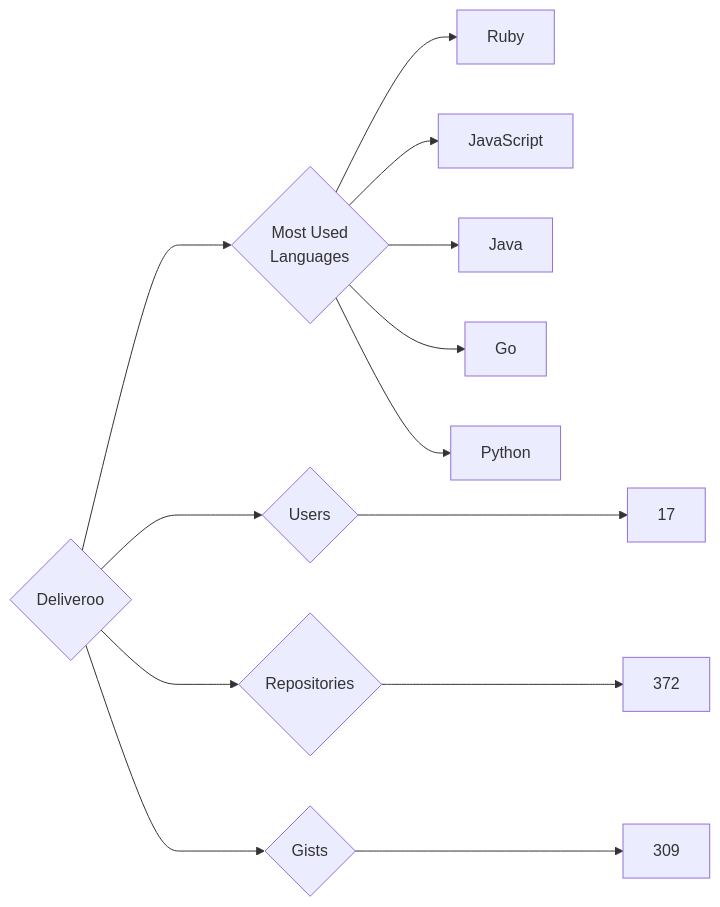
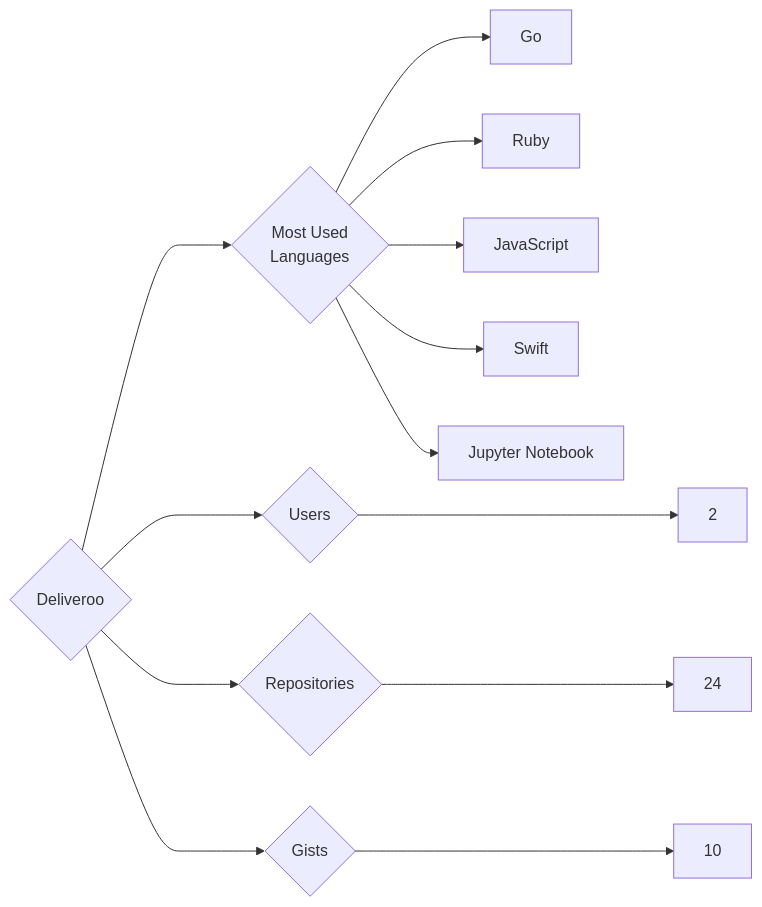
The diagram in targets/Deliveroo/README.md (trickest/insiders), drawn with Mermaid before and after one commit. The commit also changed 934 other files, not shown here.

````diff
--- a/targets/Deliveroo/README.md
+++ b/targets/Deliveroo/README.md
@@ -3,13 +3,13 @@
 ```mermaid
 graph LR
 COMPANY_NAME{Deliveroo}
-COMPANY_NAME ---> U{Users} ---> UN[17]
-COMPANY_NAME ---> R{Repositories} ---> RN[372]
-COMPANY_NAME ---> G{Gists} ---> GN[309]
+COMPANY_NAME ---> U{Users} ---> UN[2]
+COMPANY_NAME ---> R{Repositories} ---> RN[24]
+COMPANY_NAME ---> G{Gists} ---> GN[10]
 COMPANY_NAME ---> ML{Most Used<br>Languages}
+ML --> Go[Go]
 ML --> Ruby[Ruby]
 ML --> JavaScript[JavaScript]
-ML --> Java[Java]
-ML --> Go[Go]
-ML --> Python[Python]
+ML --> Swift[Swift]
+ML --> Jupyter_Notebook[Jupyter Notebook]
 ```
````
